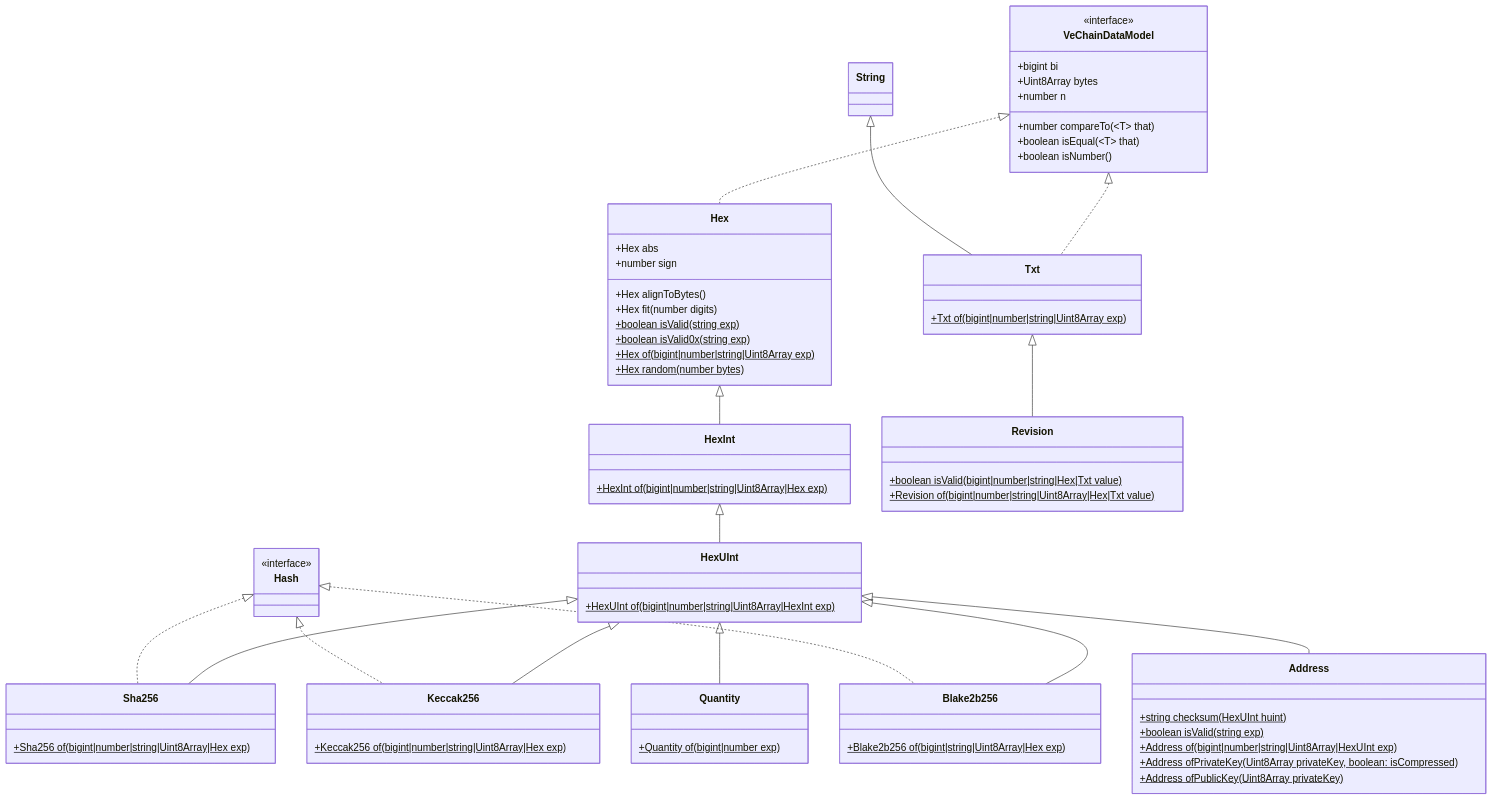
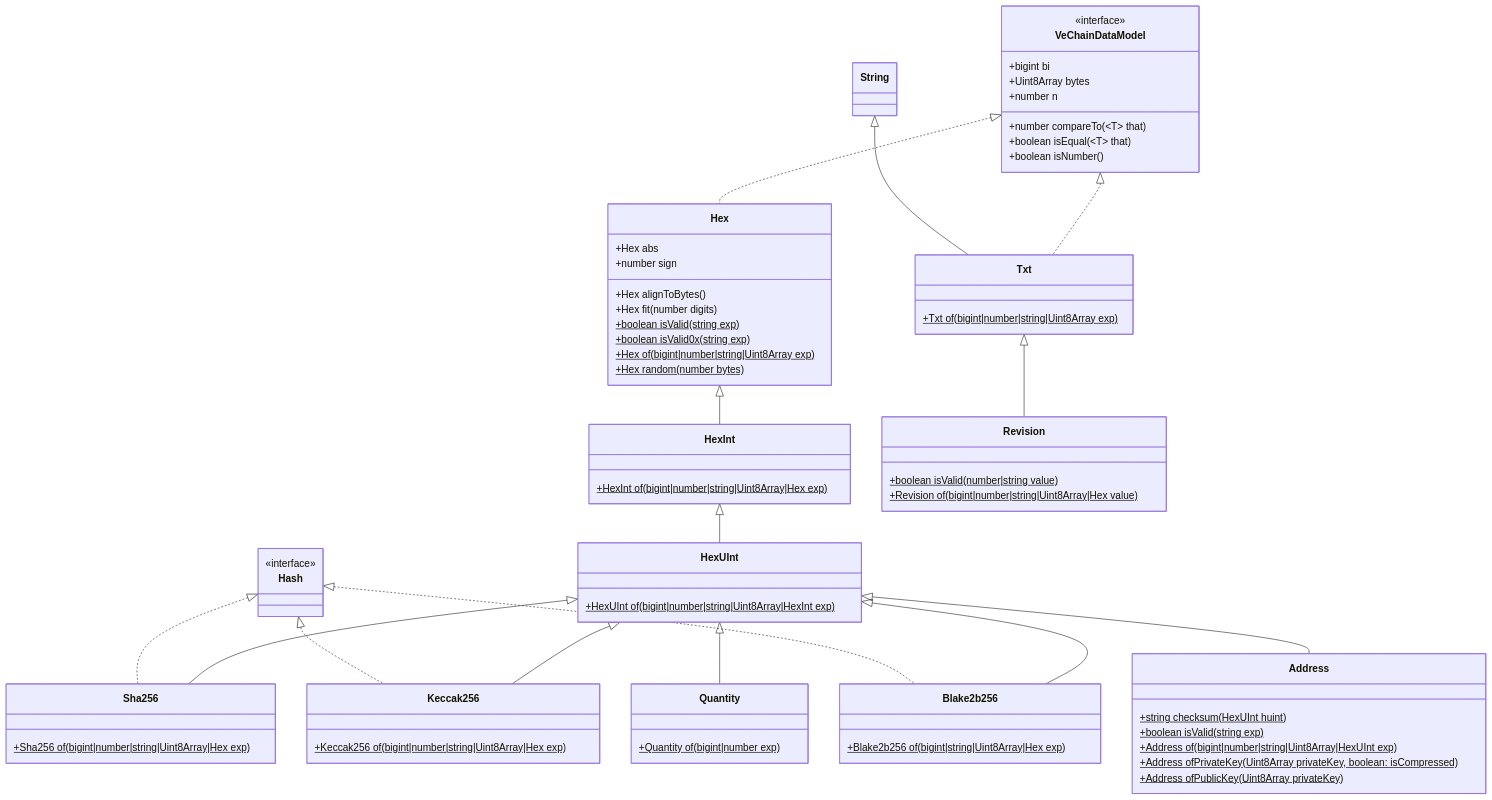
One commit to vechain/vechain-sdk-js changed the diagram in docs/diagrams/architecture/vcdm.md. Above: the diagram before and after it, drawn with Mermaid. The commit also changed 13 other files, not shown here.

Commit message:
feat: 1114 class Address.ts documented in examples and diagrams

````diff
--- a/docs/diagrams/architecture/vcdm.md
+++ b/docs/diagrams/architecture/vcdm.md
@@ -1,72 +1,72 @@
 ```mermaid
 classDiagram
     class Address {
         +string checksum(HexUInt huint)$
         +boolean isValid(string exp)$
         +Address of(bigint|number|string|Uint8Array|HexUInt exp)$
         +Address ofPrivateKey(Uint8Array privateKey, boolean: isCompressed)$
         +Address ofPublicKey(Uint8Array privateKey)$
     }
     class Blake2b256 {
         +Blake2b256 of(bigint|string|Uint8Array|Hex exp)$
     }
     class Hash {
         <<interface>>
     }
     class Hex {
         +Hex abs
         +number sign
         +Hex alignToBytes()
         +Hex fit(number digits)
         +boolean isValid(string exp)$
         +boolean isValid0x(string exp)$
         +Hex of(bigint|number|string|Uint8Array exp)$
         +Hex random(number bytes)$
     }
     class HexInt {
         +HexInt of(bigint|number|string|Uint8Array|Hex exp)$
     }
     class HexUInt {
         +HexUInt of(bigint|number|string|Uint8Array|HexInt exp)$
     }
     class Keccak256 {
         +Keccak256 of(bigint|number|string|Uint8Array|Hex exp)$
     }
     class Quantity {
         +Quantity of(bigint|number exp)$
     }
     class Revision {
-        +boolean isValid(bigint|number|string|Hex|Txt value)$
-        +Revision of(bigint|number|string|Uint8Array|Hex|Txt value)$
+        +boolean isValid(number|string value)$
+        +Revision of(bigint|number|string|Uint8Array|Hex value)$
     }
     class Sha256 {
         +Sha256 of(bigint|number|string|Uint8Array|Hex exp)$
     }
     class String
     class Txt {
         +Txt of(bigint|number|string|Uint8Array exp)$
     }
     class VeChainDataModel{
         <<interface>>
       +bigint bi
       +Uint8Array bytes
       +number n
       +number compareTo(~T~ that)
       +boolean isEqual(~T~ that)
       +boolean isNumber()
     }
     Hash <|.. Blake2b256
     Hash <|.. Keccak256
     Hash <|.. Sha256
     Hex <|-- HexInt
     HexInt <|-- HexUInt
     HexUInt <|-- Address
     HexUInt <|-- Blake2b256
     HexUInt <|-- Keccak256
     HexUInt <|-- Quantity
     HexUInt <|-- Sha256
     String <|-- Txt
     Txt <|-- Revision
     VeChainDataModel <|.. Hex
     VeChainDataModel <|.. Txt
 ```
````
